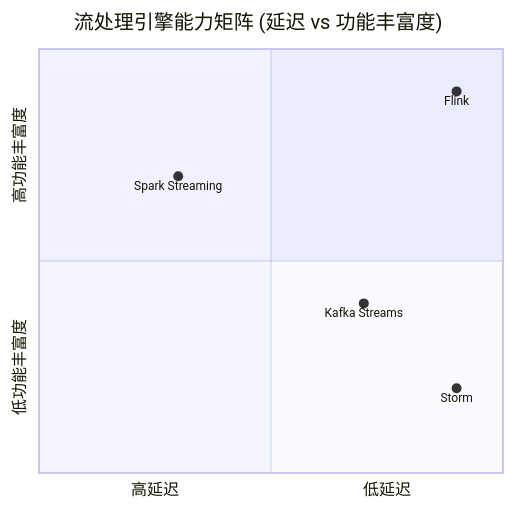
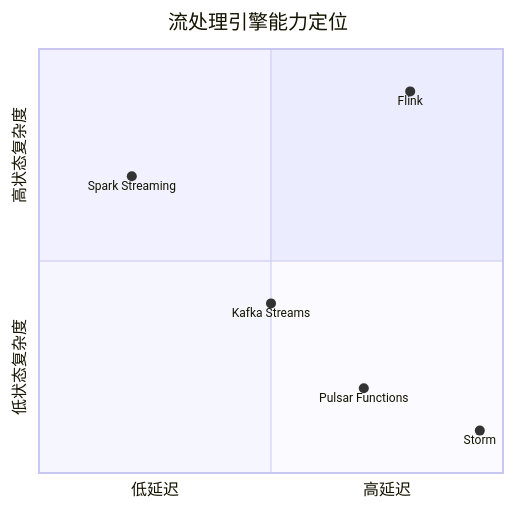
Before and after one commit to AdaMartin18010/AnalysisDataFlow: the third of 7 diagrams in Knowledge/04-technology-selection/engine-selection-guide.md, drawn with Mermaid. The commit also changed other lines of this file and 11 other files, not shown here.

````diff
--- a/Knowledge/04-technology-selection/engine-selection-guide.md
+++ b/Knowledge/04-technology-selection/engine-selection-guide.md
@@ -429,11 +403,12 @@
 ```mermaid
 quadrantChart
-    title 流处理引擎能力矩阵 (延迟 vs 功能丰富度)
-    x-axis 高延迟 --> 低延迟
-    y-axis 低功能丰富度 --> 高功能丰富度
+    title 流处理引擎能力定位
+    x-axis 低延迟 --> 高延迟
+    y-axis 低状态复杂度 --> 高状态复杂度
 
-    "Storm": [0.9, 0.2]
-    "Spark Streaming": [0.3, 0.7]
-    "Kafka Streams": [0.7, 0.4]
-    "Flink": [0.9, 0.9]
+    "Storm": [0.95, 0.1]
+    "Flink": [0.8, 0.9]
+    "Kafka Streams": [0.5, 0.4]
+    "Spark Streaming": [0.2, 0.7]
+    "Pulsar Functions": [0.7, 0.2]
 ```
````
